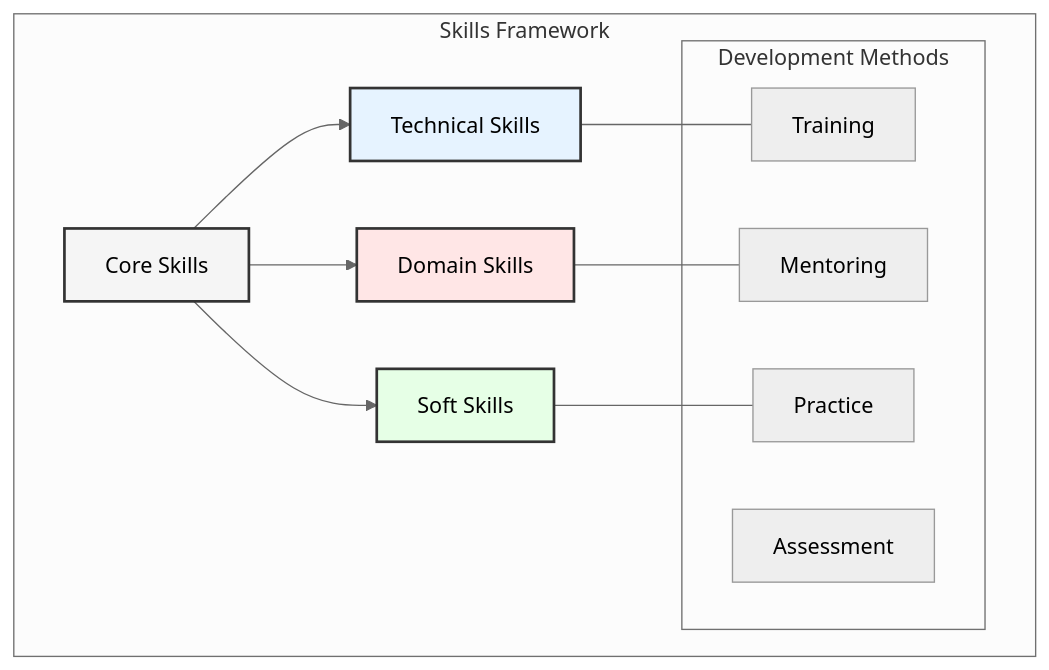
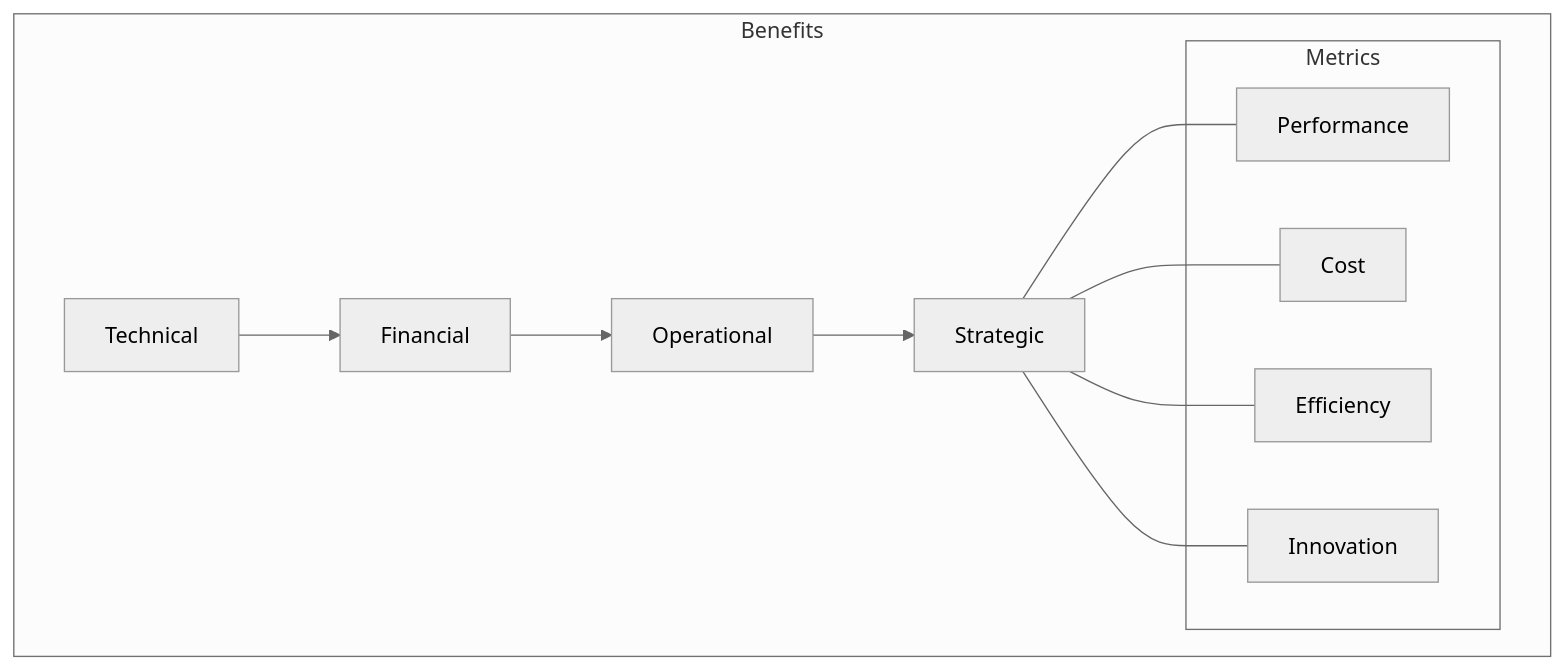
The eighth of 8 diagrams in enterprise_data_architecture/chapters/07_transformation.md (data-octo/agentic_ai_research), drawn with Mermaid (neutral theme) before and after one commit. The commit also changed other lines of this file and 11 other files, not shown here.

````diff
--- a/enterprise_data_architecture/chapters/07_transformation.md
+++ b/enterprise_data_architecture/chapters/07_transformation.md
@@ -185,24 +320,20 @@
 ```mermaid
 graph TB
-    subgraph "Skills Framework"
-        A[Core Skills] --> B[Technical Skills]
-        A --> C[Domain Skills]
-        A --> D[Soft Skills]
+    subgraph "Benefits"
+        A[Technical] --> B[Financial]
+        B --> C[Operational]
+        C --> D[Strategic]
         
-        subgraph "Development Methods"
-            E[Training]
-            F[Mentoring]
-            G[Practice]
-            H[Assessment]
+        subgraph "Metrics"
+            E[Performance]
+            F[Cost]
+            G[Efficiency]
+            H[Innovation]
         end
         
-        B --- E
-        C --- F
+        D --- E
+        D --- F
         D --- G
+        D --- H
     end
-    
-    style A fill:#f5f5f5,stroke:#333,stroke-width:2px
-    style B fill:#e6f3ff,stroke:#333,stroke-width:2px
-    style C fill:#ffe6e6,stroke:#333,stroke-width:2px
-    style D fill:#e6ffe6,stroke:#333,stroke-width:2px
 ```
````
